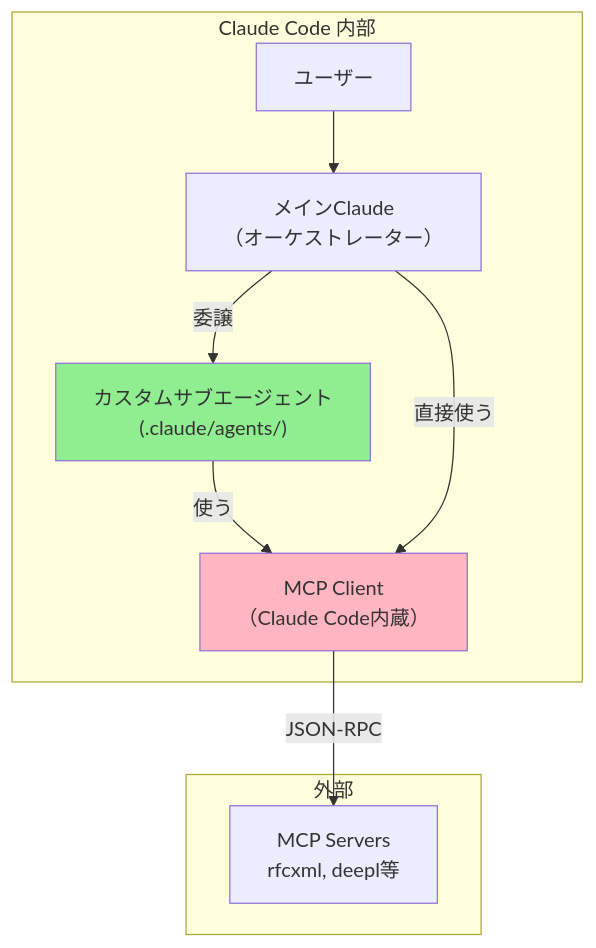
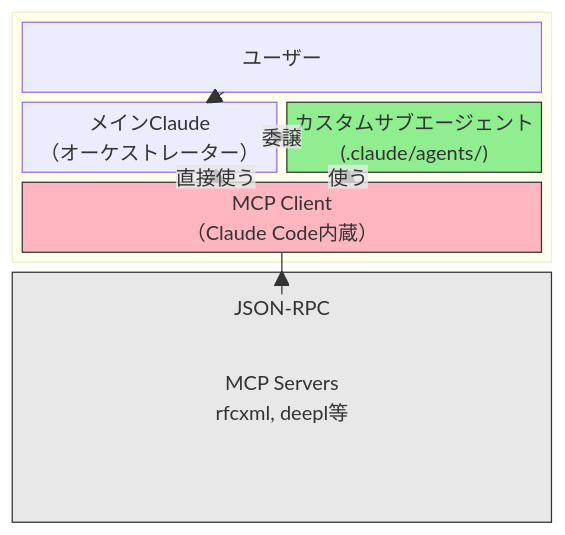
The fourth of 9 diagrams in docs/concepts/03-architecture.ja.md (shuji-bonji/ai-agent-architecture), drawn with Mermaid before and after one commit. The commit also changed other lines of this file and 13 other files, not shown here.

Commit message:
fix: Mermaidダイアグラム図の改善

````diff
--- a/docs/concepts/03-architecture.ja.md
+++ b/docs/concepts/03-architecture.ja.md
@@ -198,22 +206,23 @@
 ```mermaid
-graph TB
-    subgraph Claude_Code["Claude Code 内部"]
-        USER[ユーザー]
-        MAIN["メインClaude<br/>（オーケストレーター）"]
-        SUBAGENT["カスタムサブエージェント<br/>(.claude/agents/)"]
-        MCP_CLIENT["MCP Client<br/>（Claude Code内蔵）"]
+block-beta
+    columns 2
+
+    block:CLAUDE_CODE:2
+        columns 2
+        USER["ユーザー"]:2
+        MAIN["メインClaude\n（オーケストレーター）"]:1 SUBAGENT["カスタムサブエージェント\n(.claude/agents/)"]:1
+        MCP_CLIENT["MCP Client\n（Claude Code内蔵）"]:2
     end
 
-    subgraph External["外部"]
-        MCP_SERVERS["MCP Servers<br/>rfcxml, deepl等"]
-    end
+    MCP_SERVERS["MCP Servers\nrfcxml, deepl等"]:2
 
     USER --> MAIN
-    MAIN -->|"委譲"| SUBAGENT
-    SUBAGENT -->|"使う"| MCP_CLIENT
-    MAIN -->|"直接使う"| MCP_CLIENT
-    MCP_CLIENT -->|"JSON-RPC"| MCP_SERVERS
+    MAIN --"委譲"--> SUBAGENT
+    SUBAGENT --"使う"--> MCP_CLIENT
+    MAIN --"直接使う"--> MCP_CLIENT
+    MCP_CLIENT --"JSON-RPC"--> MCP_SERVERS
 
-    style MCP_CLIENT fill:#FFB6C1
-    style SUBAGENT fill:#90EE90
+    style MCP_CLIENT fill:#FFB6C1,color:#333,stroke:#333
+    style SUBAGENT fill:#90EE90,color:#333,stroke:#333
+    style MCP_SERVERS fill:#E8E8E8,color:#333,stroke:#333
 ```
````
